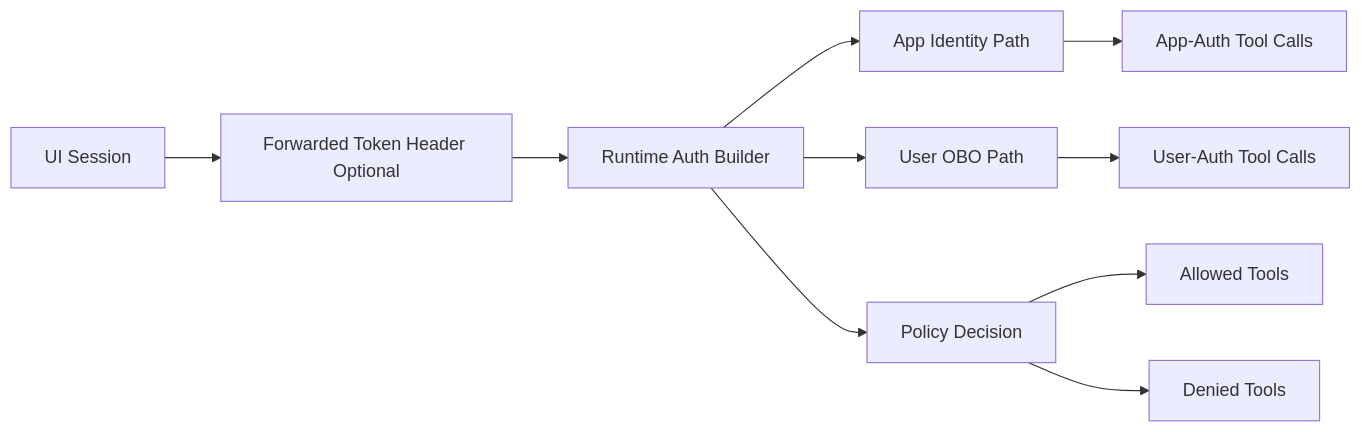
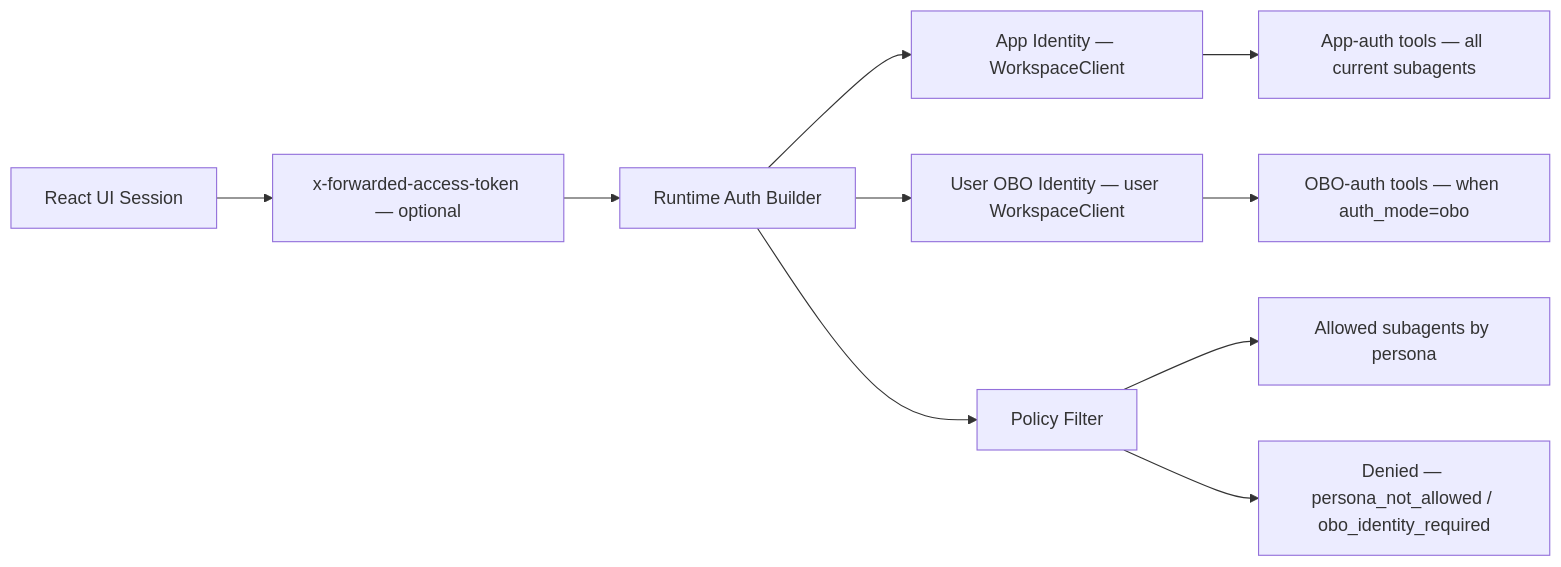
One commit to wchen-dea/Governed-Multi-Agent-Intelligence-on-Databricks changed the fourth of 4 diagrams in docs/architecture/design-artifacts/03-logical-high-level.md. Above: the diagram before and after it, drawn with Mermaid. The commit also changed other lines of this file and 51 other files, not shown here.

````diff
--- a/docs/architecture/design-artifacts/03-logical-high-level.md
+++ b/docs/architecture/design-artifacts/03-logical-high-level.md
@@ -74,14 +85,14 @@
 ```mermaid
 flowchart LR
-    UI[UI Session] --> HDR[Forwarded Token Header Optional]
+    UI[React UI Session] --> HDR[x-forwarded-access-token — optional]
     HDR --> AUTH[Runtime Auth Builder]
-    AUTH --> APP[App Identity Path]
-    AUTH --> OBO[User OBO Path]
+    AUTH --> APP[App Identity — WorkspaceClient]
+    AUTH --> OBO[User OBO Identity — user WorkspaceClient]
 
-    APP --> TOOL1[App-Auth Tool Calls]
-    OBO --> TOOL2[User-Auth Tool Calls]
+    APP --> TOOL1[App-auth tools — all current subagents]
+    OBO --> TOOL2[OBO-auth tools — when auth_mode=obo]
 
-    AUTH --> POL[Policy Decision]
-    POL --> ALLOW[Allowed Tools]
-    POL --> DENY[Denied Tools]
+    AUTH --> POL[Policy Filter]
+    POL --> ALLOW[Allowed subagents by persona]
+    POL --> DENY[Denied — persona_not_allowed / obo_identity_required]
 ```
````
